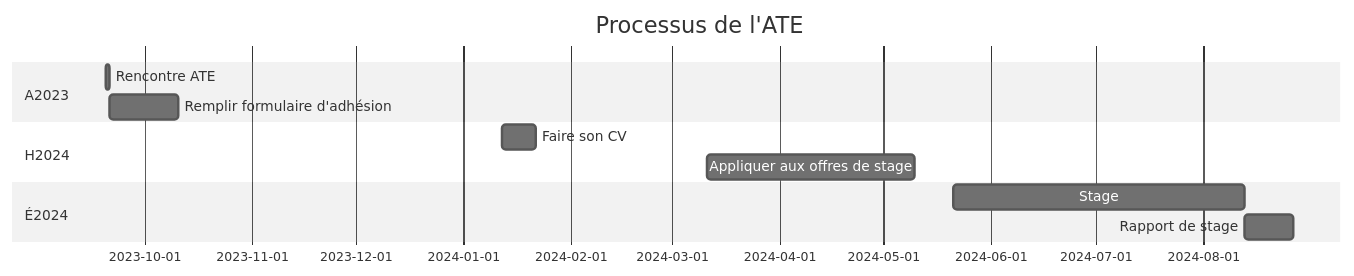
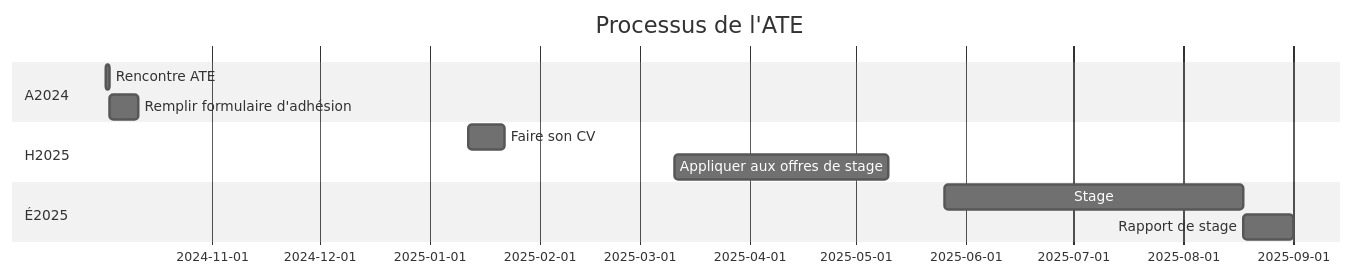
Before and after one commit to cegepvictoetienne/techinfo: the diagram in wiki/stages-eleve.md, drawn with Mermaid (neutral theme). The commit also changed other lines of this file and 3 other files, not shown here.

````diff
--- a/wiki/stages-eleve.md
+++ b/wiki/stages-eleve.md
@@ -5,14 +5,14 @@
 ```mermaid
 gantt
     title Processus de l'ATE
     dateFormat YYYY-MM-DD
-    section A2023
-        Rencontre ATE          :a1, 2023-09-20, 1d
-        Remplir formulaire d'adhésion    :after a1, 20d
-    section H2024
-        Faire son CV :2024-01-12, 10d
-        Appliquer aux offres de stage    :2024-03-11, 60d
-    section É2024
-        Stage :s1, 2024-05-21, 84d
+    section A2024
+        Rencontre ATE          :a1, 2024-10-02, 1d
+        Remplir formulaire d'adhésion    :after a1, 8d
+    section H2025
+        Faire son CV :2025-01-12, 10d
+        Appliquer aux offres de stage    :2025-03-11, 60d
+    section É2025
+        Stage :s1, 2025-05-26, 84d
         Rapport de stage :after s1, 14d
 ```
````
